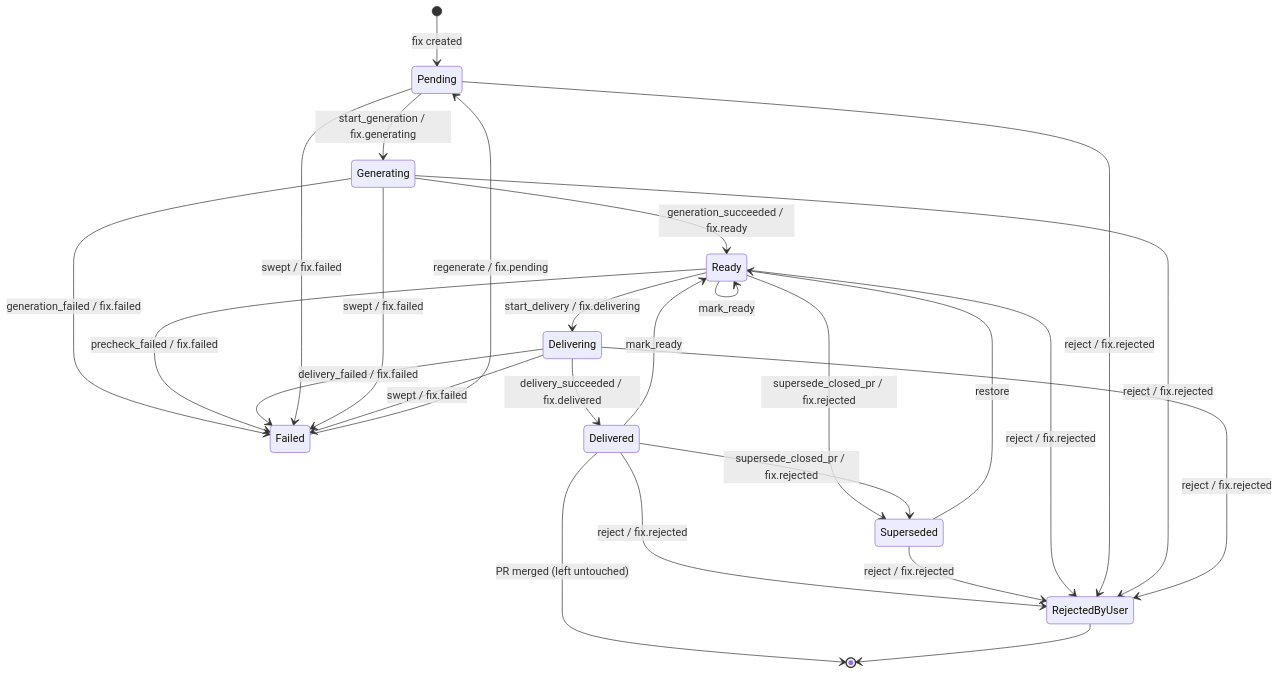
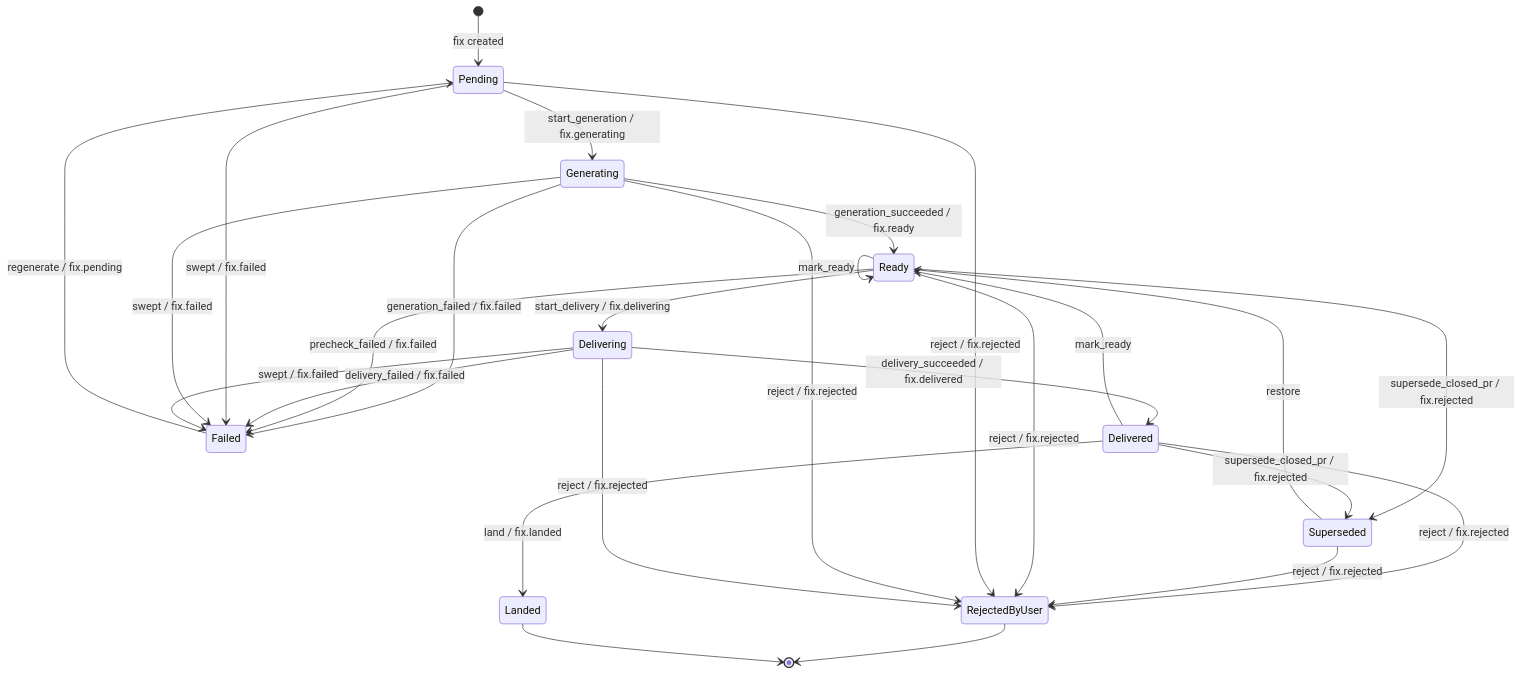
One commit to TheoGoudout/greensecops changed the fourth of 7 diagrams in docs/state-machines.md. Above: the diagram before and after it, drawn with Mermaid. The commit also changed other lines of this file and 31 other files, not shown here.

````diff
--- a/docs/state-machines.md
+++ b/docs/state-machines.md
@@ -252,36 +266,37 @@
 ```mermaid
 stateDiagram-v2
     [*] --> Pending: fix created
 
     Pending --> Generating: start_generation / fix.generating
     Generating --> Ready: generation_succeeded / fix.ready
     Generating --> Failed: generation_failed / fix.failed
 
     Ready --> Delivering: start_delivery / fix.delivering
     Ready --> Failed: precheck_failed / fix.failed
     Ready --> Superseded: supersede_closed_pr / fix.rejected
     Ready --> Ready: mark_ready
 
     Delivering --> Delivered: delivery_succeeded / fix.delivered
     Delivering --> Failed: delivery_failed / fix.failed
 
     Delivered --> Ready: mark_ready
     Delivered --> Superseded: supersede_closed_pr / fix.rejected
     Delivered --> RejectedByUser: reject / fix.rejected
-    Delivered --> [*]: PR merged (left untouched)
+    Delivered --> Landed: land / fix.landed
 
     Superseded --> Ready: restore
     Superseded --> RejectedByUser: reject / fix.rejected
 
     Pending --> Failed: swept / fix.failed
     Generating --> Failed: swept / fix.failed
     Delivering --> Failed: swept / fix.failed
 
     Ready --> RejectedByUser: reject / fix.rejected
     Pending --> RejectedByUser: reject / fix.rejected
     Generating --> RejectedByUser: reject / fix.rejected
     Delivering --> RejectedByUser: reject / fix.rejected
 
     Failed --> Pending: regenerate / fix.pending
     RejectedByUser --> [*]
+    Landed --> [*]
 ```
````
